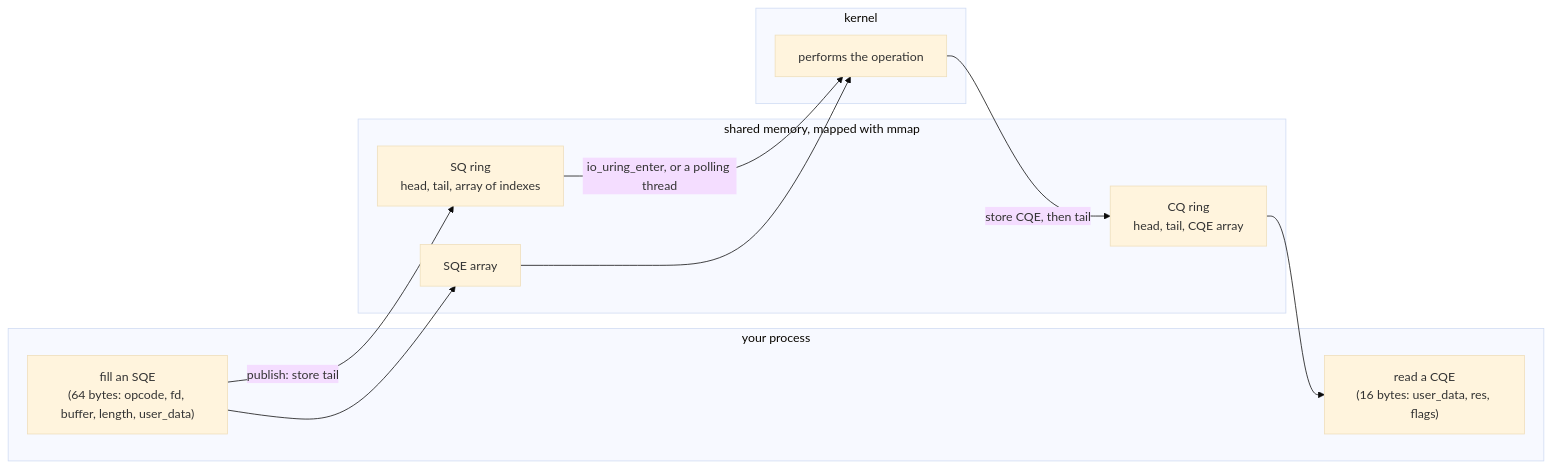
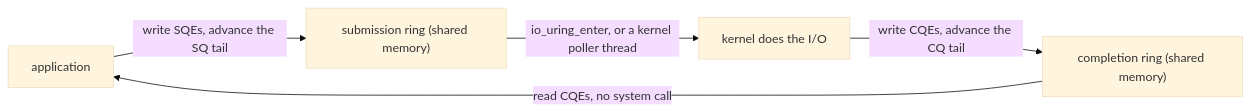
The third of 3 diagrams in 07_networking/05_epoll_and_io_uring.md (Princeahrwar/Study), drawn with Mermaid (base theme) before and after one commit. The commit also changed other lines of this file, not shown here.

First line of the commit message:
NET 05: rewrite epoll and io_uring in WF 14 style (103 KB to 38 KB)

````diff
--- a/07_networking/05_epoll_and_io_uring.md
+++ b/07_networking/05_epoll_and_io_uring.md
@@ -530,21 +260,7 @@
 ```mermaid
 flowchart LR
-  subgraph app[your process]
-    FILL["fill an SQE<br/>(64 bytes: opcode, fd, buffer, length, user_data)"]
-    READ["read a CQE<br/>(16 bytes: user_data, res, flags)"]
-  end
-  subgraph shared[shared memory, mapped with mmap]
-    SQES["SQE array"]
-    SQ["SQ ring<br/>head, tail, array of indexes"]
-    CQ["CQ ring<br/>head, tail, CQE array"]
-  end
-  subgraph kern[kernel]
-    DO["performs the operation"]
-  end
-  FILL --> SQES
-  FILL -->|"publish: store tail"| SQ
-  SQ -->|"io_uring_enter, or a polling thread"| DO
-  SQES --> DO
-  DO -->|"store CQE, then tail"| CQ
-  CQ --> READ
+  APP["application"] -->|"write SQEs, advance the SQ tail"| SQ["submission ring (shared memory)"]
+  SQ -->|"io_uring_enter, or a kernel poller thread"| K["kernel does the I/O"]
+  K -->|"write CQEs, advance the CQ tail"| CQ["completion ring (shared memory)"]
+  CQ -->|"read CQEs, no system call"| APP
 ```
````
